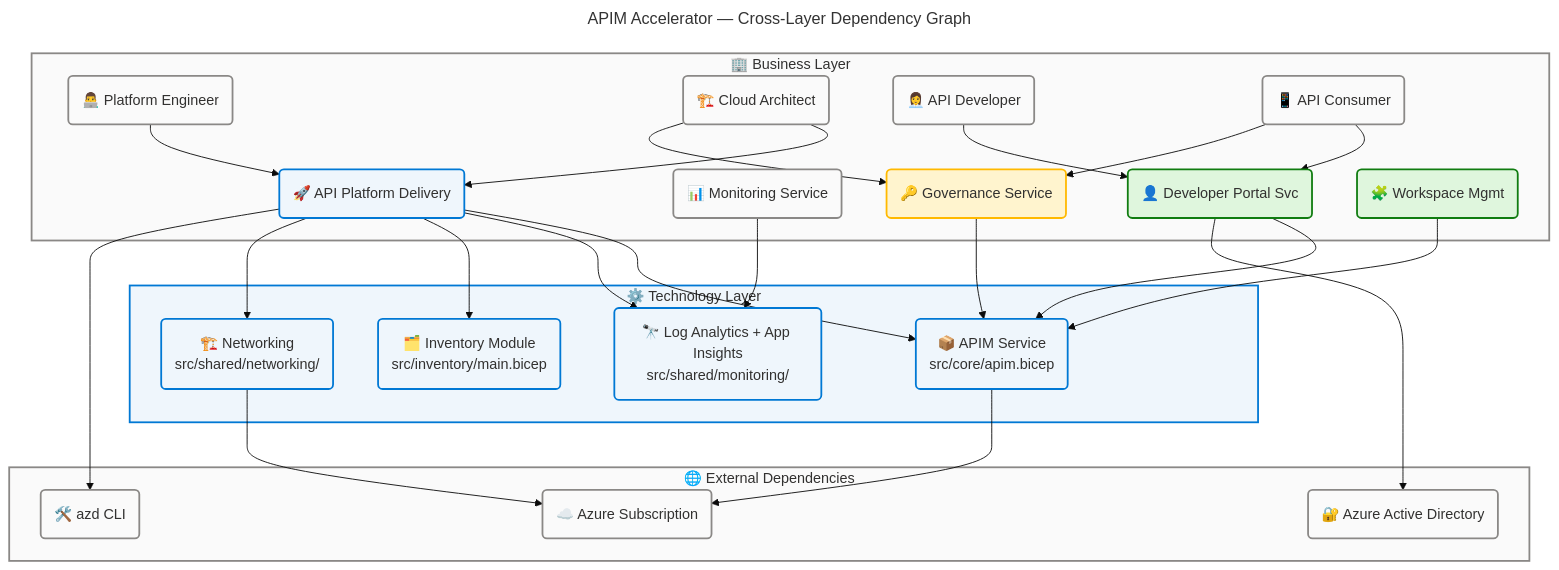
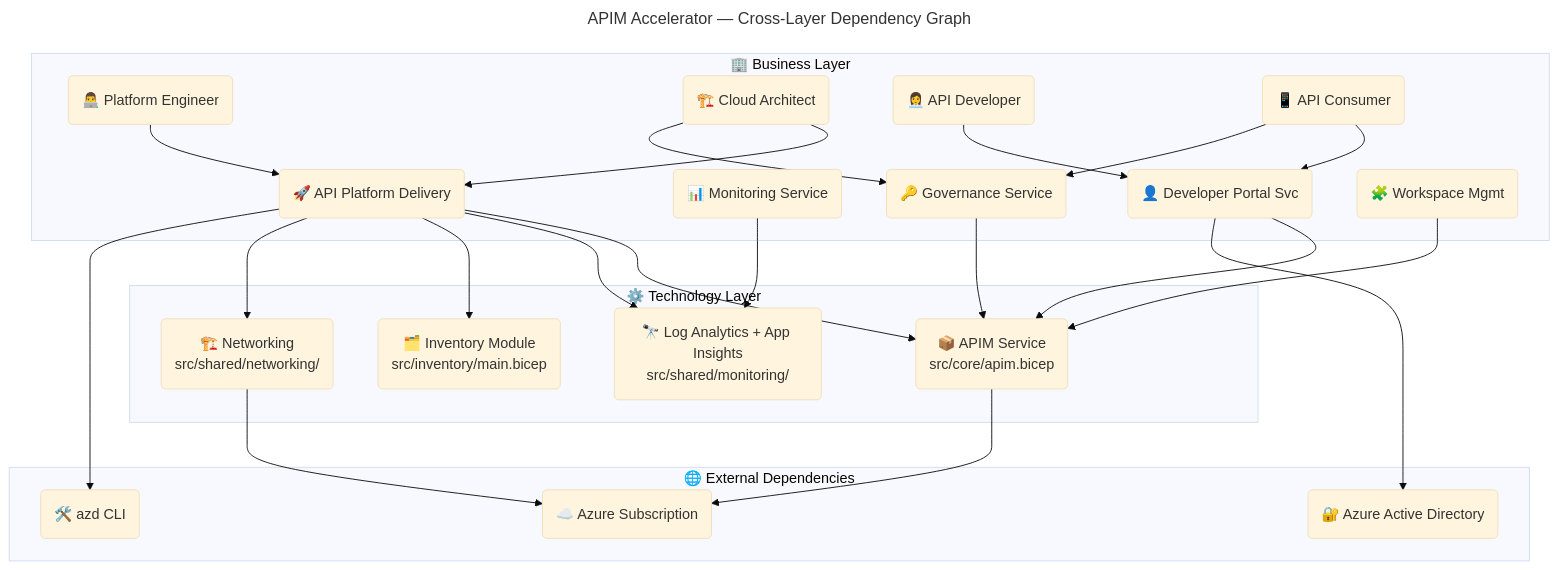
One commit to Evilazaro/APIM-Accelerator changed the sixth of 6 diagrams in docs/architecture/business-architecture.md. Above: the diagram before and after it, drawn with Mermaid. The commit also changed other lines of this file and 1 other file, not shown here.

Commit message:
style: remove redundant comments and streamline flowchart styles for clarity in data architecture documentation

````diff
--- a/docs/architecture/business-architecture.md
+++ b/docs/architecture/business-architecture.md
@@ -745,80 +701,63 @@
 ```mermaid
 ---
 title: "APIM Accelerator — Cross-Layer Dependency Graph"
 config:
   theme: base
   look: classic
   layout: dagre
   themeVariables:
     fontSize: '16px'
   flowchart:
     htmlLabels: true
 ---
 flowchart TB
     accTitle: APIM Accelerator Cross-Layer Dependency Graph
     accDescr: Directed dependency graph showing Platform Engineer, Cloud Architect, API Developer, and API Consumer actors depending on business services which depend on Technology layer resources and external Azure services
 
-    %% ═══════════════════════════════════════════════════════════════════════════
-    %% AZURE / FLUENT ARCHITECTURE PATTERN v1.1
-    %% (Semantic + Structural + Font + Accessibility Governance)
-    %% ═══════════════════════════════════════════════════════════════════════════
-    %% PHASE 1 - FLUENT UI: All styling uses approved Fluent UI palette only
-    %% PHASE 2 - GROUPS: Every subgraph has semantic color via style directive
-    %% PHASE 3 - COMPONENTS: Every node has semantic classDef + icon prefix
-    %% PHASE 4 - ACCESSIBILITY: accTitle/accDescr present, WCAG AA contrast
-    %% PHASE 5 - STANDARD: Governance block present, classDefs centralized
-    %% ═══════════════════════════════════════════════════════════════════════════
+
 
     subgraph bizLayer["🏢 Business Layer"]
         a1("👨‍💻 Platform Engineer"):::neutral
         a2("🏗️ Cloud Architect"):::neutral
         a3("👩‍💼 API Developer"):::neutral
         a4("📱 API Consumer"):::neutral
         bs1("🚀 API Platform Delivery"):::core
         bs2("📊 Monitoring Service"):::neutral
         bs3("🔑 Governance Service"):::warning
         bs4("👤 Developer Portal Svc"):::success
         bs5("🧩 Workspace Mgmt"):::success
     end
 
     subgraph techLayer["⚙️ Technology Layer"]
         t1("📦 APIM Service<br>src/core/apim.bicep"):::core
         t2("🔭 Log Analytics + App Insights<br>src/shared/monitoring/"):::core
         t3("🗂️ Inventory Module<br>src/inventory/main.bicep"):::core
         t4("🏗️ Networking<br>src/shared/networking/"):::core
     end
 
     subgraph extLayer["🌐 External Dependencies"]
         e1("☁️ Azure Subscription"):::neutral
         e2("🔐 Azure Active Directory"):::neutral
         e3("🛠️ azd CLI"):::neutral
     end
 
     a1 --> bs1
     a2 --> bs1
     a2 --> bs3
     a3 --> bs4
     a4 --> bs4
     a4 --> bs3
     bs1 --> t1
     bs1 --> t2
     bs1 --> t3
     bs1 --> t4
     bs2 --> t2
     bs3 --> t1
     bs4 --> t1
     bs5 --> t1
     t1 --> e1
     t4 --> e1
     bs4 --> e2
     bs1 --> e3
 
-    style bizLayer fill:#FAFAFA,stroke:#8A8886,stroke-width:2px,color:#323130
-    style techLayer fill:#EFF6FC,stroke:#0078D4,stroke-width:2px,color:#323130
-    style extLayer fill:#FAFAFA,stroke:#8A8886,stroke-width:2px,color:#323130
-
-    classDef core fill:#EFF6FC,stroke:#0078D4,stroke-width:2px,color:#323130
-    classDef neutral fill:#FAFAFA,stroke:#8A8886,stroke-width:2px,color:#323130
-    classDef warning fill:#FFF4CE,stroke:#FFB900,stroke-width:2px,color:#323130
-    classDef success fill:#DFF6DD,stroke:#107C10,stroke-width:2px,color:#323130
 ```
````
